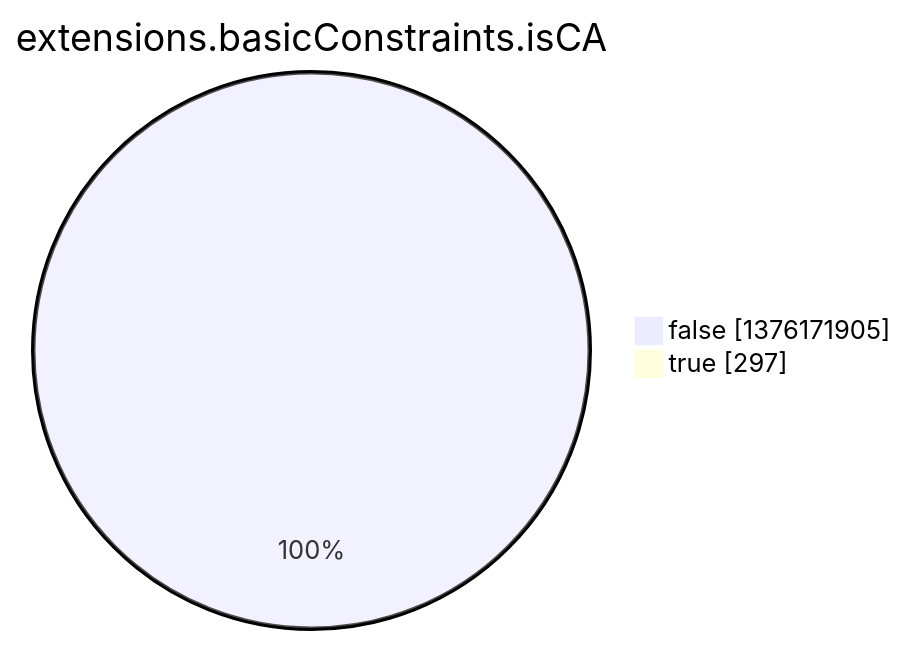
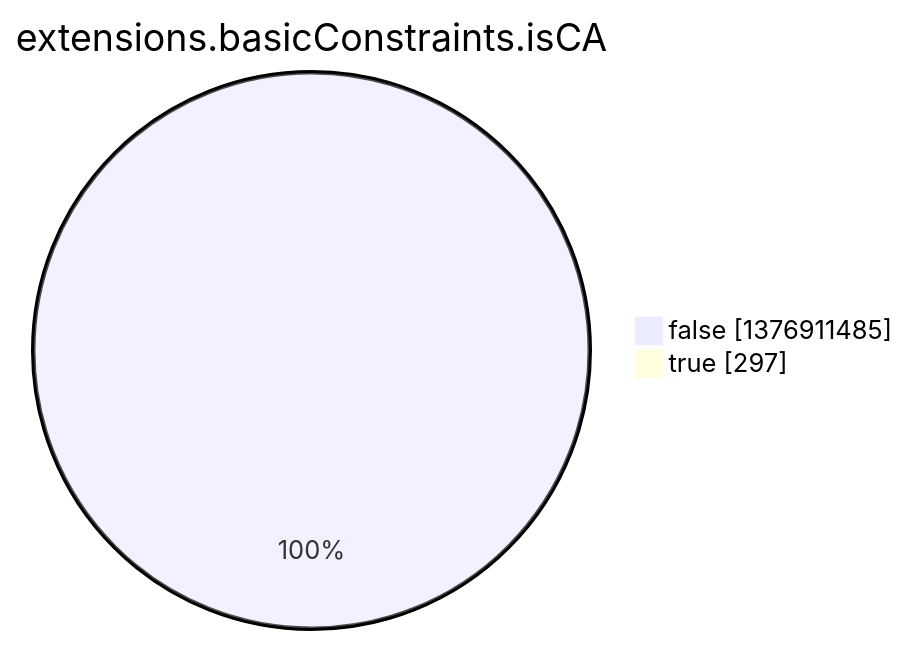
One commit to christiankrug/ctmonitor_visualization changed the eighth of 15 diagrams in argon2022/README.md. Above: the diagram before and after it, drawn with Mermaid. The commit also changed other lines of this file, not shown here.

````diff
--- a/argon2022/README.md
+++ b/argon2022/README.md
@@ -2759,6 +2759,6 @@
 ```mermaid
 pie showData
 title extensions.basicConstraints.isCA
-"false" :1376171905
+"false" :1376911485
 "true" :297
 ```
````
